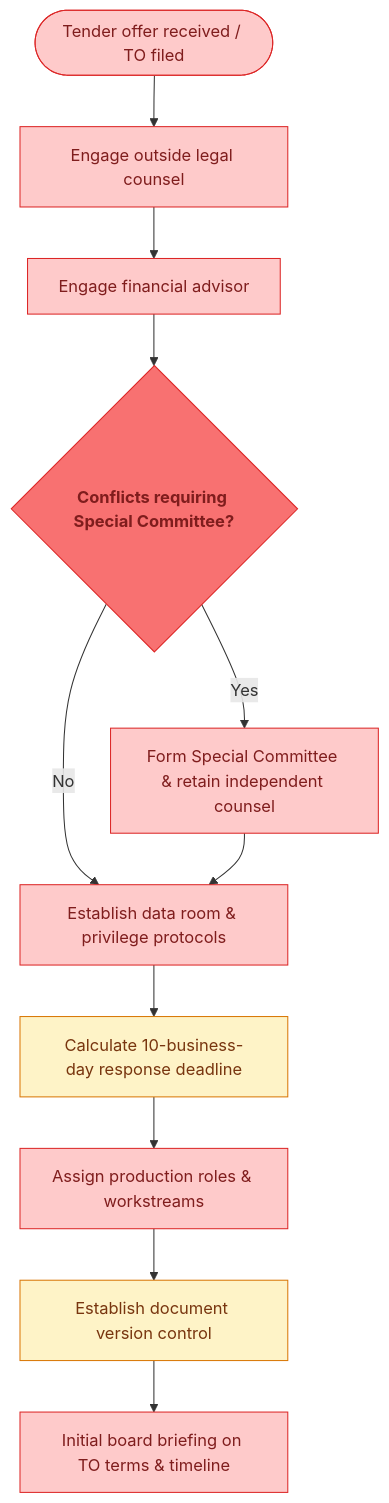
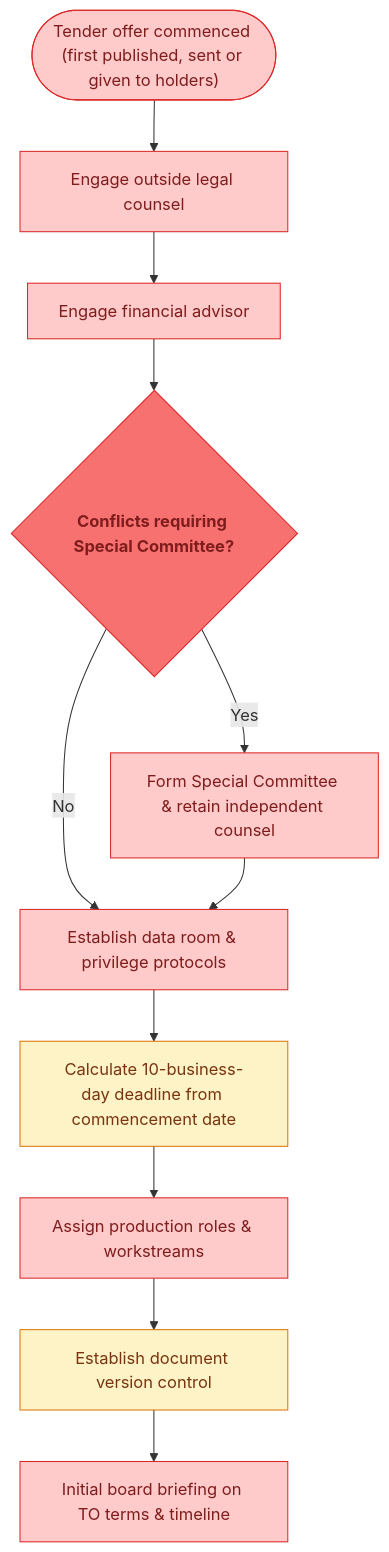
Before and after one commit to mrchanpark/14D-9: the first of 14 diagrams in README.md, drawn with Mermaid. The commit also changed other lines of this file and 2 other files, not shown here.

````diff
--- a/README.md
+++ b/README.md
@@ -34,16 +52,16 @@
 ```mermaid
 flowchart TD
-  A(["Tender offer received / TO filed"]):::red --> B["Engage outside legal counsel"]:::red
+  A(["Tender offer commenced (first published, sent or given to holders)"]):::red --> B["Engage outside legal counsel"]:::red
   B --> C["Engage financial advisor"]:::red
   C --> D{"Conflicts requiring Special Committee?"}:::redD
   D -- Yes --> E["Form Special Committee & retain independent counsel"]:::red
   D -- No --> F
   E --> F["Establish data room & privilege protocols"]:::red
-  F --> G["Calculate 10-business-day response deadline"]:::yel
+  F --> G["Calculate 10-business-day deadline from commencement date"]:::yel
   G --> H["Assign production roles & workstreams"]:::red
   H --> I["Establish document version control"]:::yel
   I --> J["Initial board briefing on TO terms & timeline"]:::red
   classDef red fill:#fecaca,stroke:#dc2626,color:#7f1d1d
   classDef redD fill:#f87171,stroke:#dc2626,color:#7f1d1d,font-weight:700
   classDef yel fill:#fef3c7,stroke:#d97706,color:#78350f
 ```
````
